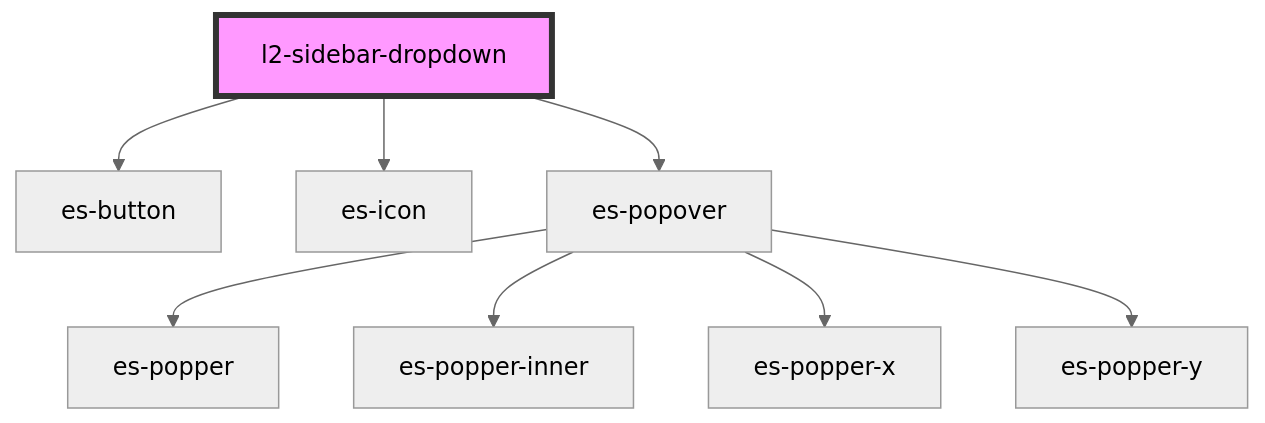
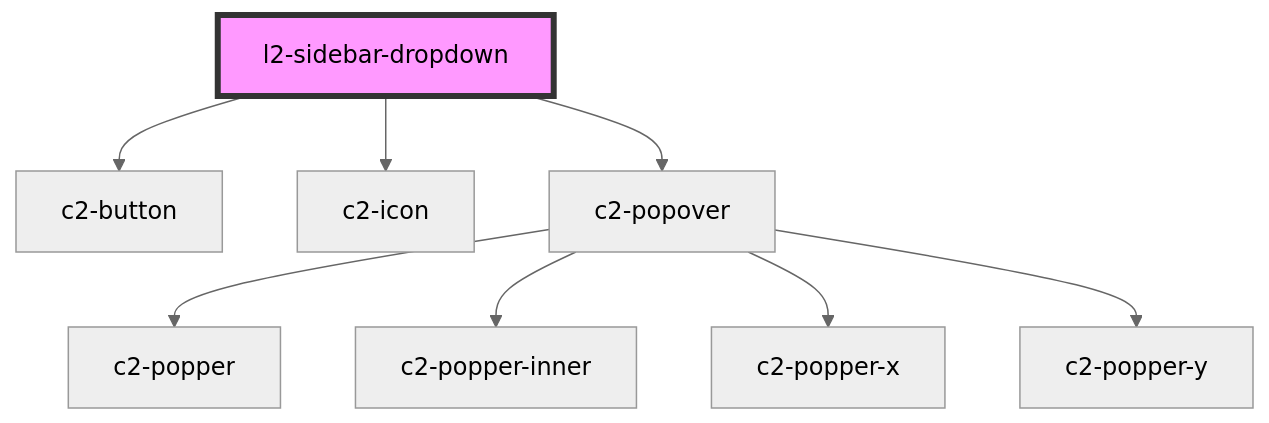
The diagram in packages/layout/src/components/sidebar-dropdown/readme.md (EventStore/Design-System), drawn with Mermaid (neutral theme) before and after one commit. The commit also changed other lines of this file and 512 other files, not shown here.

````diff
--- a/packages/layout/src/components/sidebar-dropdown/readme.md
+++ b/packages/layout/src/components/sidebar-dropdown/readme.md
@@ -99,11 +99,11 @@
 ```mermaid
 graph TD;
-  l2-sidebar-dropdown --> es-button
-  l2-sidebar-dropdown --> es-icon
-  l2-sidebar-dropdown --> es-popover
-  es-popover --> es-popper
-  es-popover --> es-popper-inner
-  es-popover --> es-popper-x
-  es-popover --> es-popper-y
+  l2-sidebar-dropdown --> c2-button
+  l2-sidebar-dropdown --> c2-icon
+  l2-sidebar-dropdown --> c2-popover
+  c2-popover --> c2-popper
+  c2-popover --> c2-popper-inner
+  c2-popover --> c2-popper-x
+  c2-popover --> c2-popper-y
   style l2-sidebar-dropdown fill:#f9f,stroke:#333,stroke-width:4px
 ```
````
